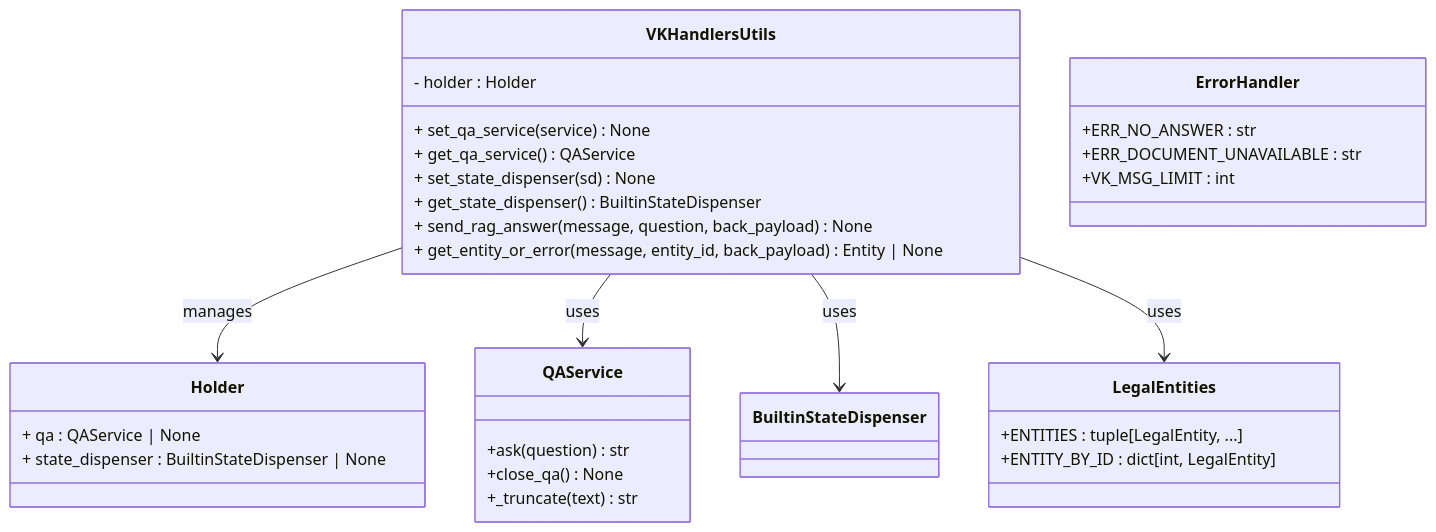
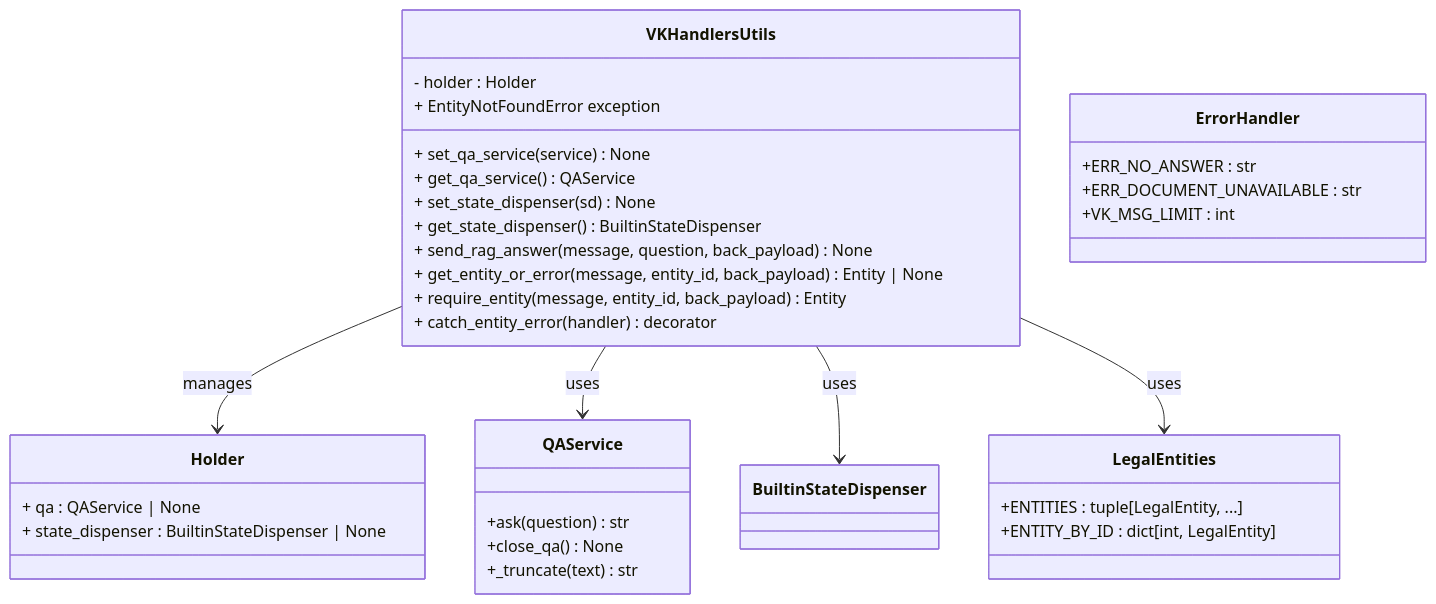
One commit to ognelis/cafetera_hr_bot changed the fourth of 21 diagrams in .qoder/repowiki/en/content/VK Integration/VK Integration.md. Above: the diagram before and after it, drawn with Mermaid. The commit also changed other lines of this file and 12 other files, not shown here.

````diff
--- a/.qoder/repowiki/en/content/VK Integration/VK Integration.md
+++ b/.qoder/repowiki/en/content/VK Integration/VK Integration.md
@@ -376,34 +390,37 @@
 ```mermaid
 classDiagram
 class VKHandlersUtils {
 - holder : Holder
 + set_qa_service(service) None
 + get_qa_service() QAService
 + set_state_dispenser(sd) None
 + get_state_dispenser() BuiltinStateDispenser
 + send_rag_answer(message, question, back_payload) None
 + get_entity_or_error(message, entity_id, back_payload) Entity | None
++ require_entity(message, entity_id, back_payload) Entity
++ catch_entity_error(handler) decorator
++ EntityNotFoundError exception
 }
 class Holder {
 + qa : QAService | None
 + state_dispenser : BuiltinStateDispenser | None
 }
 class QAService {
 +ask(question) str
 +close_qa() None
 +_truncate(text) str
 }
 class ErrorHandler {
 +ERR_NO_ANSWER : str
 +ERR_DOCUMENT_UNAVAILABLE : str
 +VK_MSG_LIMIT : int
 }
 class LegalEntities {
 +ENTITIES : tuple[LegalEntity, ...]
 +ENTITY_BY_ID : dict[int, LegalEntity]
 }
 VKHandlersUtils --> Holder : manages
 VKHandlersUtils --> QAService : uses
 VKHandlersUtils --> BuiltinStateDispenser : uses
 VKHandlersUtils --> LegalEntities : uses
 ```
````
